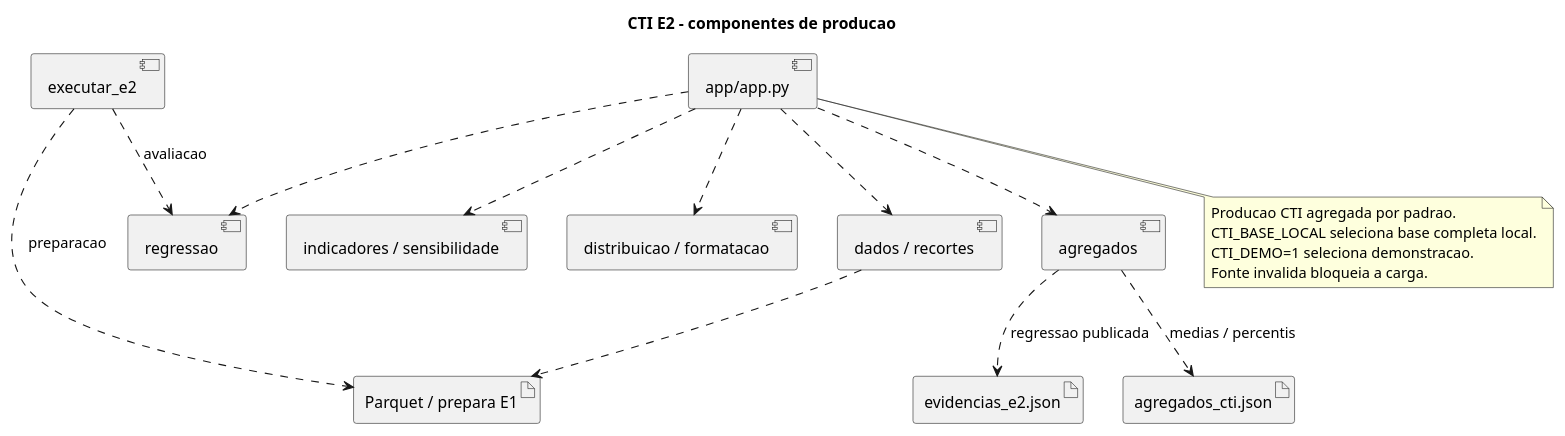
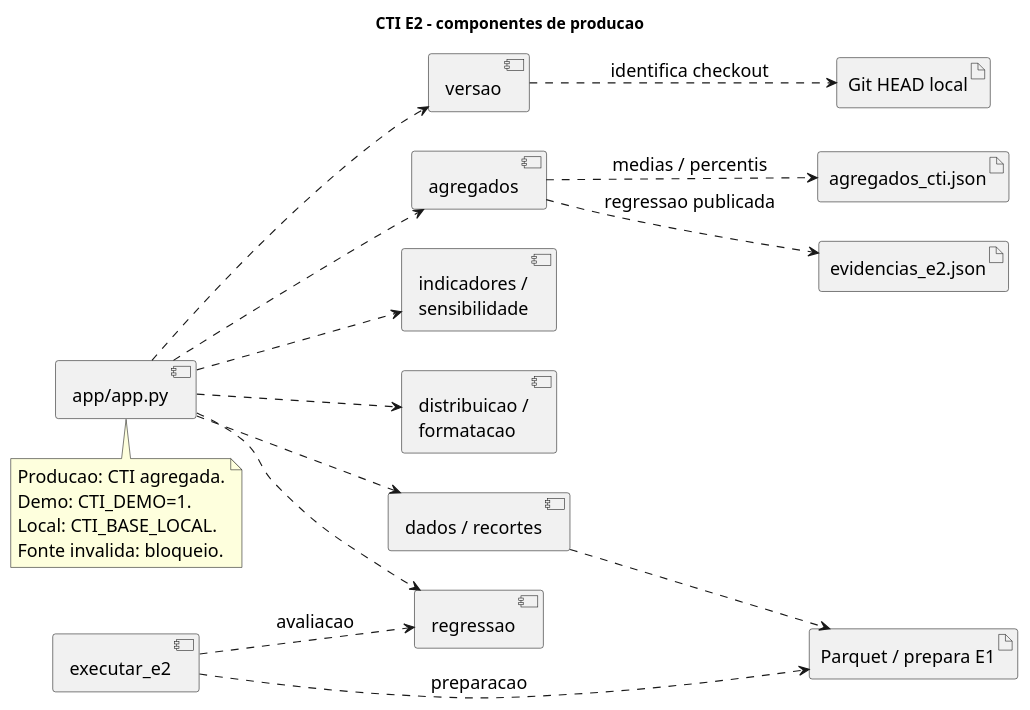
Before and after one commit to 2026-2-NCC4/Projeto6: the diagram in documentos/Entrega 2/ES e ML/componentes.puml, drawn with PlantUML. The commit also changed 18 other files, not shown here.

```diff
--- a/documentos/Entrega 2/ES e ML/componentes.puml
+++ b/documentos/Entrega 2/ES e ML/componentes.puml
@@ -1,29 +1,37 @@
 @startuml
 title CTI E2 - componentes de producao
+left to right direction
+skinparam componentStyle uml2
+skinparam defaultFontSize 16
+skinparam backgroundColor white
 component "app/app.py" as App
 component "dados / recortes" as Dados
-component "indicadores / sensibilidade" as KPI
-component "distribuicao / formatacao" as Dist
+component "indicadores /\nsensibilidade" as KPI
+component "distribuicao /\nformatacao" as Dist
 component agregados as Ag
 component regressao as Reg
 component executar_e2 as Exec
+component versao as Versao
 artifact agregados_cti.json as Json
 artifact evidencias_e2.json as Ev
 artifact "Parquet / prepara E1" as Local
+artifact "Git HEAD local" as Git
 App ..> Dados
 App ..> KPI
 App ..> Dist
 App ..> Ag
 App ..> Reg
+App ..> Versao
+Versao ..> Git : identifica checkout
 Dados ..> Local
 Ag ..> Json : medias / percentis
 Ag ..> Ev : regressao publicada
 Exec ..> Local : preparacao
 Exec ..> Reg : avaliacao
 note bottom of App
-Producao CTI agregada por padrao.
-CTI_BASE_LOCAL seleciona base completa local.
-CTI_DEMO=1 seleciona demonstracao.
-Fonte invalida bloqueia a carga.
+Producao: CTI agregada.
+Demo: CTI_DEMO=1.
+Local: CTI_BASE_LOCAL.
+Fonte invalida: bloqueio.
 end note
 @enduml
```
